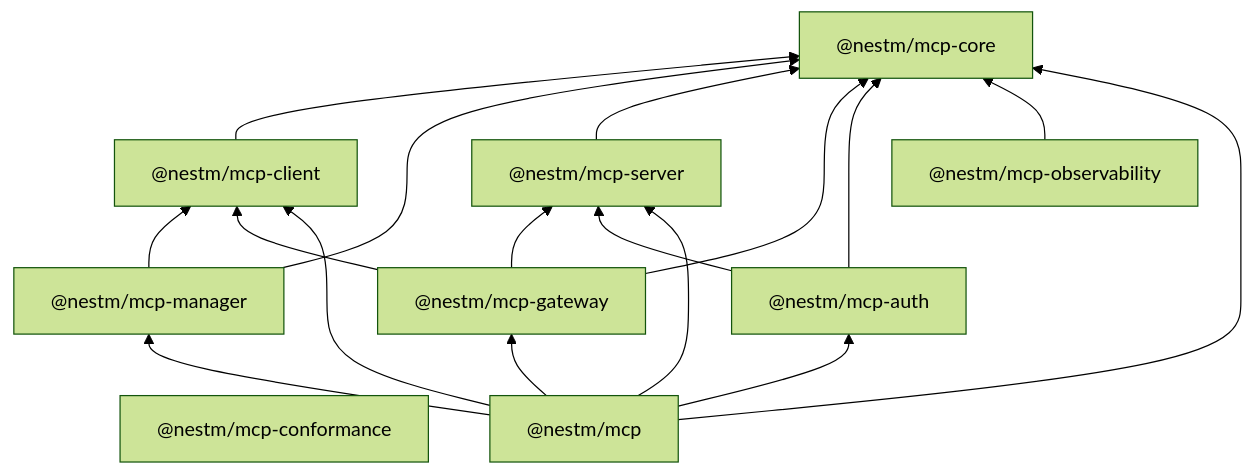
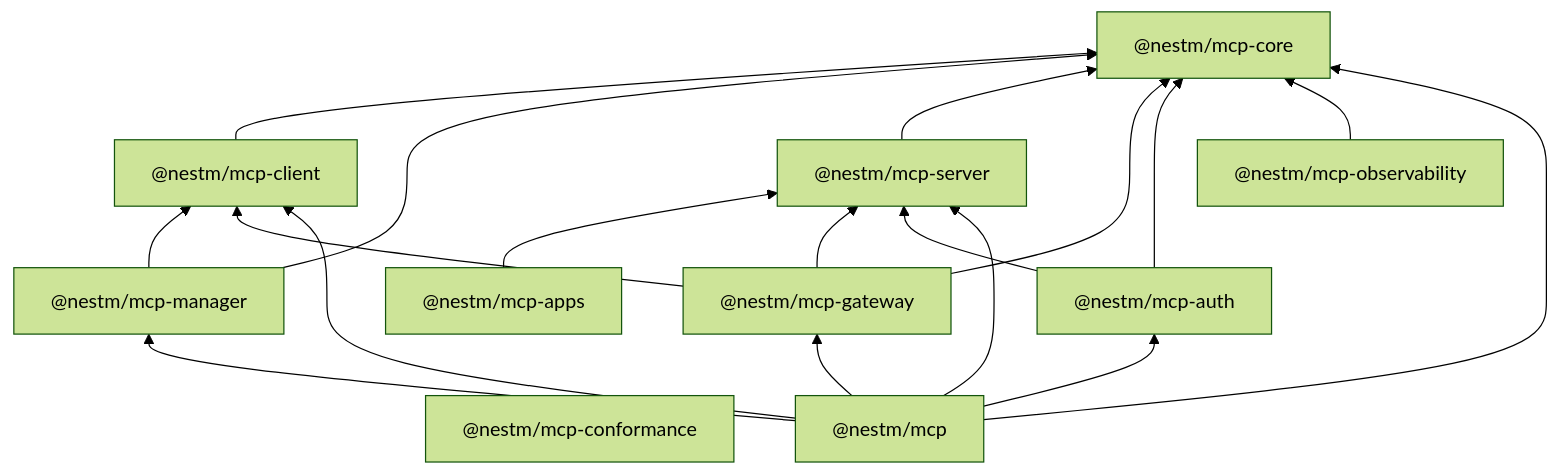
The diagram in README.md (nestm-dev/mcp), drawn with Mermaid (forest theme) before and after one commit. The commit also changed other lines of this file and 32 other files, not shown here.

Commit message:
feat: add direct-server MCP Apps foundation

````diff
--- a/README.md
+++ b/README.md
@@ -26,21 +27,22 @@
 ```mermaid
 flowchart BT
   core["@nestm/mcp-core"]
   client["@nestm/mcp-client"] --> core
   manager["@nestm/mcp-manager"] --> core
   manager --> client
   conformance["@nestm/mcp-conformance"]
   server["@nestm/mcp-server"] --> core
+  apps["@nestm/mcp-apps"] --> server
   gateway["@nestm/mcp-gateway"] --> core
   gateway --> client
   gateway --> server
   auth["@nestm/mcp-auth"] --> core
   auth --> server
   observability["@nestm/mcp-observability"] --> core
   nest["@nestm/mcp"] --> core
   nest --> server
   nest --> client
   nest --> manager
   nest --> gateway
   nest --> auth
 ```
````
